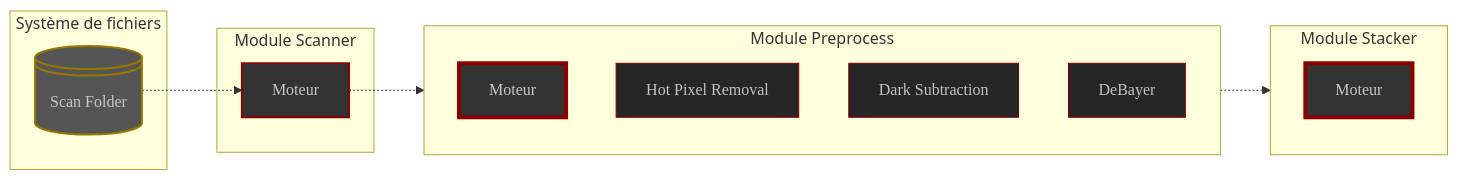
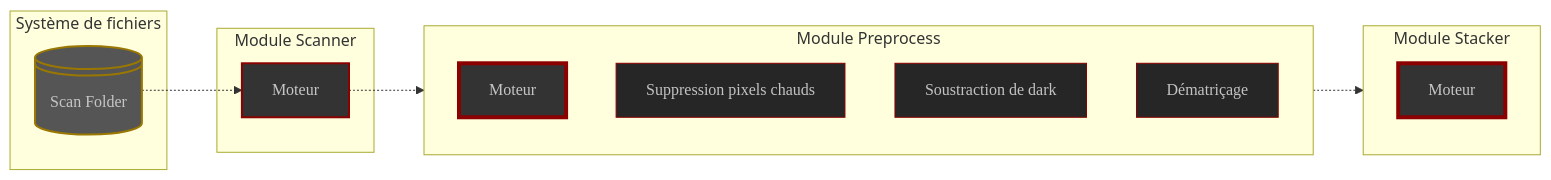
Before and after one commit to deufrai/als: the first of 2 diagrams in content/fr/docs/v0.7/reference/_index.md, drawn with Mermaid. The commit also changed other lines of this file, not shown here.

Commit message:
fix FR i18n in reference doc realms dieagrams

````diff
--- a/content/fr/docs/v0.7/reference/_index.md
+++ b/content/fr/docs/v0.7/reference/_index.md
@@ -94,42 +94,42 @@
 ```mermaid
 flowchart LR
 
     subgraph Système de fichiers
         SCAN_FOLDER@{ shape: lin-cyl, label: "Scan Folder" }
     end
         
     subgraph Module Scanner 
         SCANNER_ENGINE[Moteur]
     end
            
     subgraph Module Preprocess
         direction TB
         PREPROCESS_ENGINE[Moteur]
-        HOT_PIXEL[Hot Pixel Removal]
-        DARK_SUB[Dark Subtraction]
-        DEBAYER[DeBayer]
+        HOT_PIXEL[Suppression pixels chauds]
+        DARK_SUB[Soustraction de dark]
+        DEBAYER[Dématriçage]
     end  
 
     subgraph Module Stacker
         direction TB
         STACK_ENGINE[Moteur]
     end
 
     SCAN_FOLDER -.-> SCANNER_ENGINE
     SCANNER_ENGINE -.-> PREPROCESS_ENGINE
     PREPROCESS_ENGINE -.-> STACK_ENGINE
     
 
 
     style SCANNER_ENGINE fill:#333,stroke:darkred,stroke-width:2px,color:#c6c6c6,font-family:'Poppins',sans-serif
     
     style PREPROCESS_ENGINE fill:#333,stroke:darkred,stroke-width:4px,color:#c6c6c6,font-family:'Poppins',sans-serif
     style STACK_ENGINE fill:#333,stroke:darkred,stroke-width:4px,color:#c6c6c6,font-family:'Poppins',sans-serif
 
 
     style HOT_PIXEL  fill:#262626,stroke:darkred,stroke-width:1px,color:#c3c3c3,font-family:'Poppins',sans-serif
     style DARK_SUB fill:#262626,stroke:darkred,stroke-width:1px,color:#c3c3c3,font-family:'Poppins',sans-serif
     style DEBAYER fill:#262626,stroke:darkred,stroke-width:1px,color:#c3c3c3,font-family:'Poppins',sans-serif
 
     style SCAN_FOLDER fill:#555,stroke:#970,stroke-width:2px,color:#c6c6c6,font-family:'Poppins',sans-serif
 ```
````
